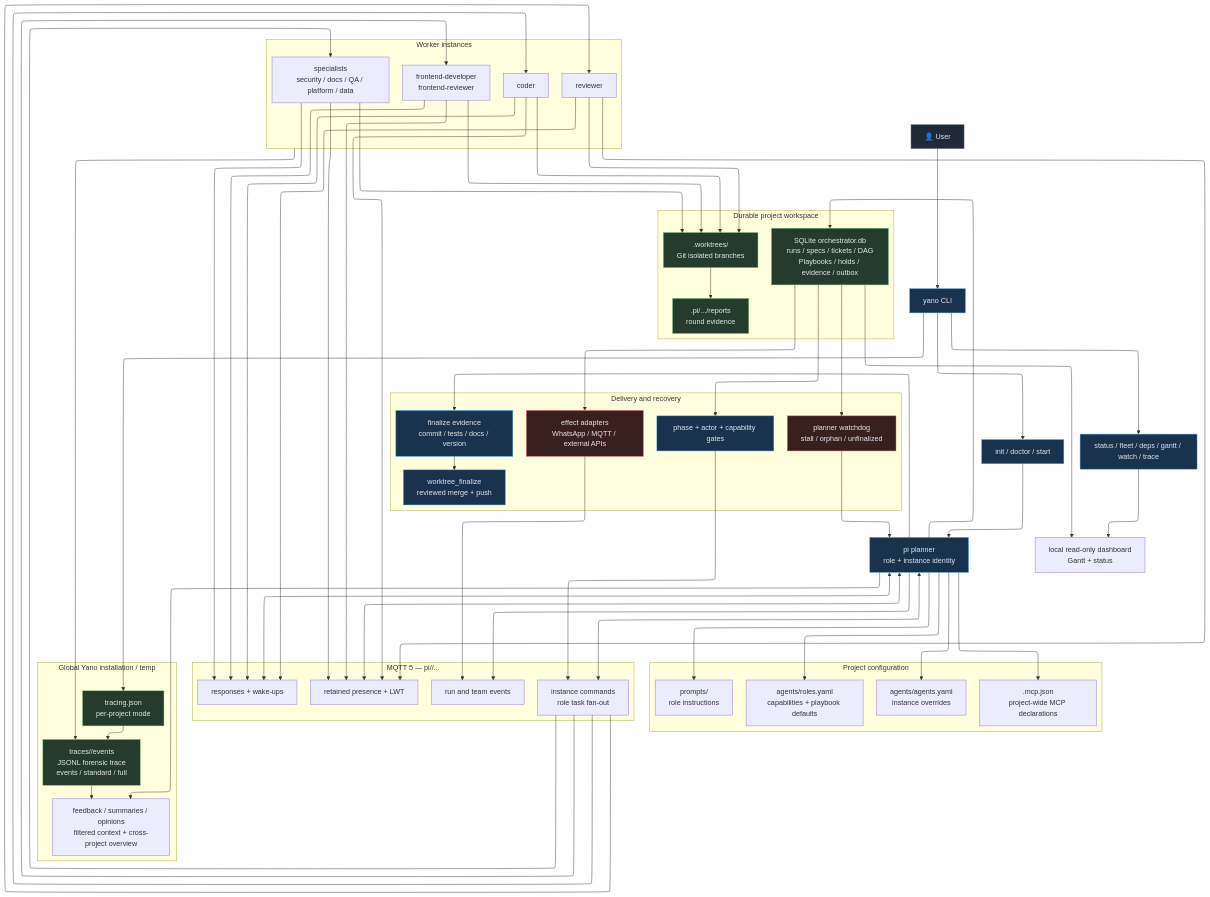
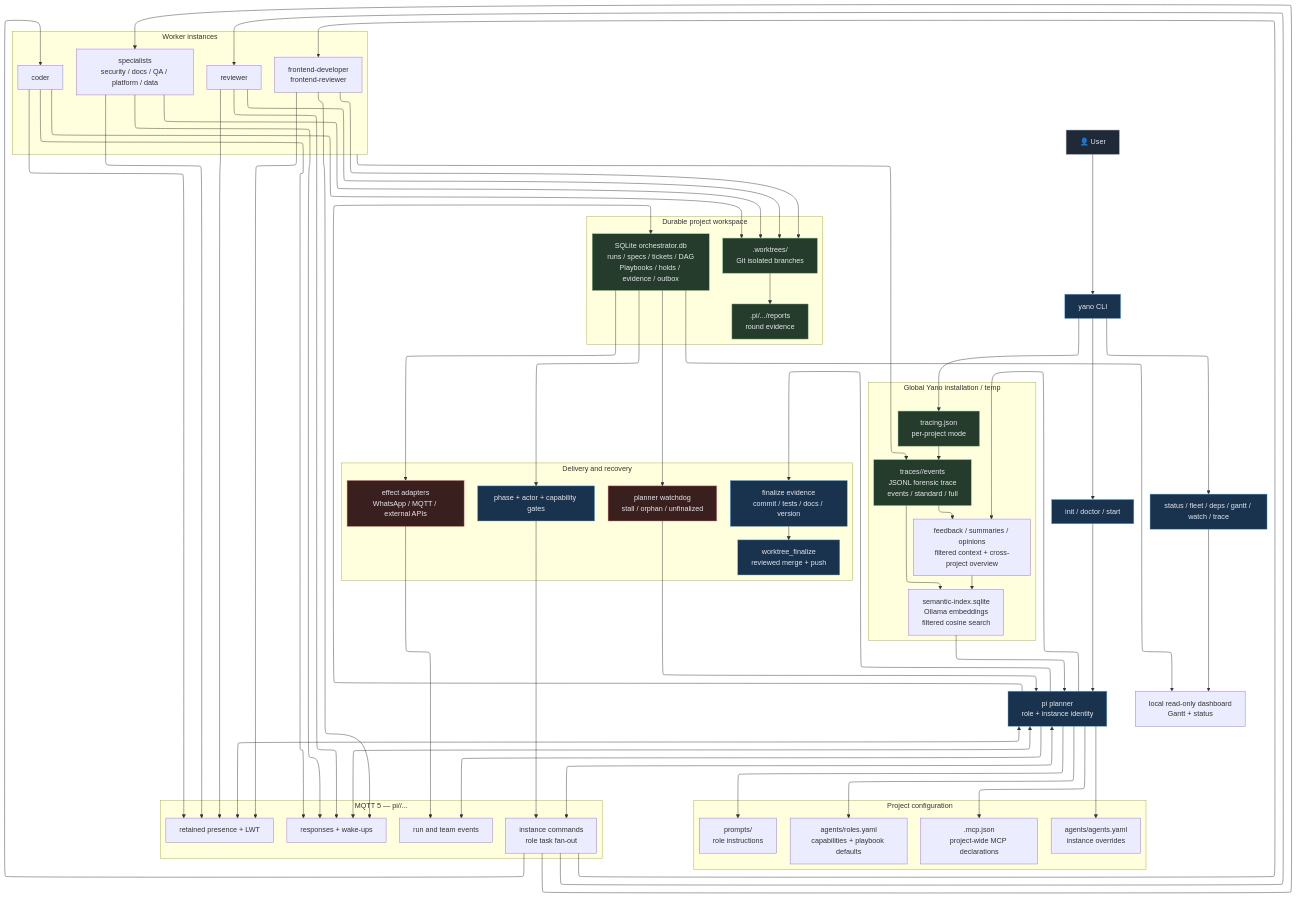
The diagram in docs/architecture.mmd (alessiobacin/yano-orchestrator), drawn with Mermaid before and after one commit. The commit also changed 15 other files, not shown here.

First line of the commit message:
feat: integrate Ollama for embedding and trace indexing

```diff
--- a/docs/architecture.mmd
+++ b/docs/architecture.mmd
@@ -1,102 +1,106 @@
 %%{init: {"flowchart": {"defaultRenderer": "elk"}} }%%
 flowchart TD
     USER["👤 User"] --> CLI["yano CLI"]
     CLI --> INIT["init / doctor / start"]
     CLI --> OBS["status / fleet / deps / gantt / watch / trace"]
     INIT --> PLANNER["pi planner\nrole + instance identity"]
 
     subgraph CONFIG["Project configuration"]
         ROLES["agents/roles.yaml\ncapabilities + playbook defaults"]
         AGENTS["agents/agents.yaml\ninstance overrides"]
         PROMPTS["prompts/\nrole instructions"]
         MCP[".mcp.json\nproject-wide MCP declarations"]
     end
 
     PLANNER --> ROLES
     PLANNER --> AGENTS
     PLANNER --> PROMPTS
     PLANNER --> MCP
 
     subgraph BUS["MQTT 5 — pi/<project>/..."]
         PRESENCE["retained presence + LWT"]
         COMMANDS["instance commands\nrole task fan-out"]
         RESPONSES["responses + wake-ups"]
         EVENTS["run and team events"]
     end
 
     PLANNER <--> PRESENCE
     PLANNER <--> COMMANDS
     PLANNER <--> RESPONSES
     PLANNER --> EVENTS
 
     subgraph WORKERS["Worker instances"]
         CODER["coder"]
         REVIEWER["reviewer"]
         FRONTEND["frontend-developer\nfrontend-reviewer"]
         SPECIALISTS["specialists\nsecurity / docs / QA / platform / data"]
     end
 
     COMMANDS --> CODER
     COMMANDS --> REVIEWER
     COMMANDS --> FRONTEND
     COMMANDS --> SPECIALISTS
     CODER --> RESPONSES
     REVIEWER --> RESPONSES
     FRONTEND --> RESPONSES
     SPECIALISTS --> RESPONSES
     CODER --> PRESENCE
     REVIEWER --> PRESENCE
     FRONTEND --> PRESENCE
     SPECIALISTS --> PRESENCE
 
     subgraph STORAGE["Durable project workspace"]
         SQLITE["SQLite orchestrator.db\nruns / specs / tickets / DAG\nPlaybooks / holds / evidence / outbox"]
         WORKTREES[".worktrees/<slug>\nGit isolated branches"]
         REPORTS[".pi/.../reports\nround evidence"]
     end
 
     subgraph GLOBAL_TRACE["Global Yano installation / temp"]
         TRACE["traces/<project-key>/events\nJSONL forensic trace\nevents / standard / full"]
         TRACE_ANALYSIS["feedback / summaries / opinions\nfiltered context + cross-project overview"]
+        TRACE_INDEX["semantic-index.sqlite\nOllama embeddings\nfiltered cosine search"]
         TRACE_CONFIG["tracing.json\nper-project mode"]
     end
 
     PLANNER --> SQLITE
     CODER --> WORKTREES
     REVIEWER --> WORKTREES
     FRONTEND --> WORKTREES
     SPECIALISTS --> WORKTREES
     WORKTREES --> REPORTS
     WORKERS --> TRACE
     CLI --> TRACE_CONFIG
     TRACE_CONFIG --> TRACE
     TRACE --> TRACE_ANALYSIS
+    TRACE --> TRACE_INDEX
+    TRACE_ANALYSIS --> TRACE_INDEX
+    TRACE_INDEX --> PLANNER
     PLANNER --> TRACE_ANALYSIS
     SQLITE --> DASHBOARD["local read-only dashboard\nGantt + status"]
     OBS --> DASHBOARD
 
     subgraph DELIVERY["Delivery and recovery"]
         WATCHDOG["planner watchdog\nstall / orphan / unfinalized"]
         GATES["phase + actor + capability gates"]
         FINALIZE["finalize evidence\ncommit / tests / docs / version"]
         MERGE["worktree_finalize\nreviewed merge + push"]
         ADAPTERS["effect adapters\nWhatsApp / MQTT / external APIs"]
     end
 
     SQLITE --> WATCHDOG
     SQLITE --> GATES
     GATES --> COMMANDS
     WATCHDOG --> PLANNER
     PLANNER --> FINALIZE
     FINALIZE --> MERGE
     SQLITE --> ADAPTERS
     ADAPTERS --> EVENTS
 
     classDef user fill:#1f2937,stroke:#9ca3af,color:#e5e7eb
     classDef control fill:#19324d,stroke:#61afef,color:#e5e7eb
     classDef durable fill:#253b2b,stroke:#7ec488,color:#e5e7eb
     classDef risk fill:#3a1f1f,stroke:#e06c75,color:#e5e7eb
     class USER user
     class CLI,INIT,OBS,PLANNER,GATES,FINALIZE,MERGE control
     class SQLITE,WORKTREES,REPORTS,TRACE,TRACE_CONFIG durable
     class WATCHDOG,ADAPTERS risk
```
